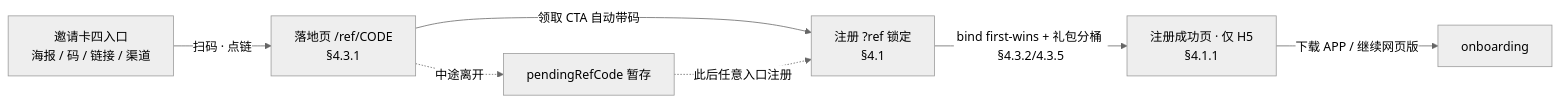
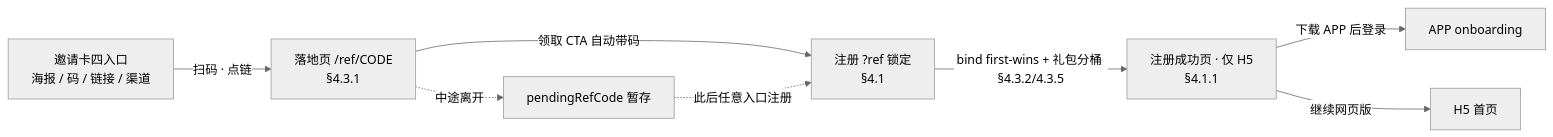
One commit to agentabatiuo572-byte/nexion-frontend-uniapp changed diagram 11 of 21 in PRD/NexGrid_产品功能架构设计文档_v3.7.md. Above: the diagram before and after it, drawn with Mermaid (neutral theme). The commit also changed other lines of this file and 36 other files, not shown here.

````diff
--- a/PRD/NexGrid_产品功能架构设计文档_v3.7.md
+++ b/PRD/NexGrid_产品功能架构设计文档_v3.7.md
@@ -2026,8 +2028,9 @@
 ```mermaid
 flowchart LR
   A[邀请卡四入口<br/>海报 / 码 / 链接 / 渠道] -->|扫码 · 点链| R[落地页 /ref/CODE<br/>§4.3.1]
   R -->|领取 CTA 自动带码| G[注册 ?ref 锁定<br/>§4.1]
   R -.中途离开.-> P[pendingRefCode 暂存] -.此后任意入口注册.-> G
   G -->|bind first-wins + 礼包分桶 §4.3.2/4.3.5| S[注册成功页 · 仅 H5<br/>§4.1.1]
-  S -->|下载 APP / 继续网页版| O[onboarding]
+  S -->|下载 APP 后登录| O[APP onboarding]
+  S -->|继续网页版| H[H5 首页]
 ```
````
